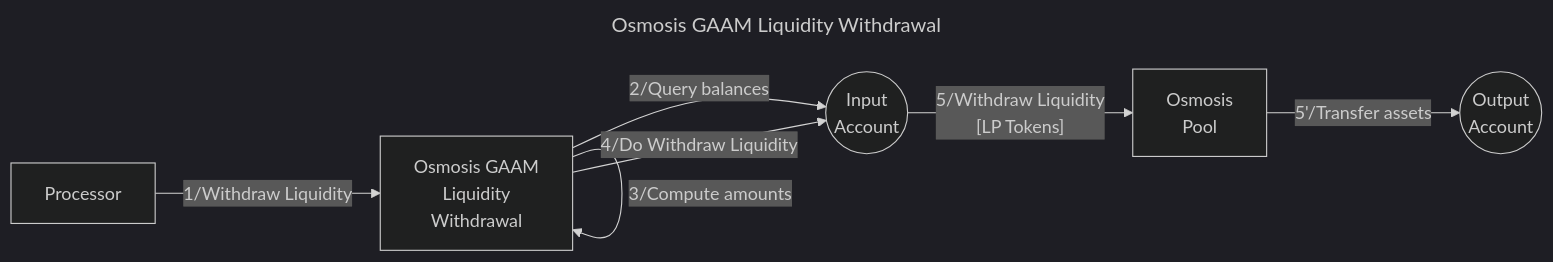
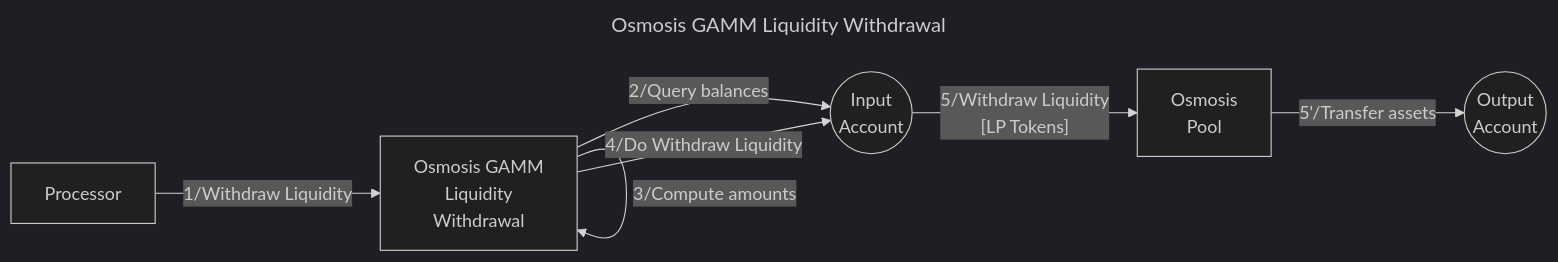
One commit to timewave-computer/valence-protocol changed the diagram in docs/src/libraries/osmosis-gamm-withdrawer.md. Above: the diagram before and after it, drawn with Mermaid (dark theme). The commit also changed other lines of this file and 4 other files, not shown here.

````diff
--- a/docs/src/libraries/osmosis-gamm-withdrawer.md
+++ b/docs/src/libraries/osmosis-gamm-withdrawer.md
@@ -7,23 +7,23 @@
 ```mermaid
 ---
-title: Osmosis GAAM Liquidity Withdrawal
+title: Osmosis GAMM Liquidity Withdrawal
 ---
 graph LR
   IA((Input
       Account))
   OA((Output
 		  Account))
   P[Processor]
-  S[Osmosis GAAM
+  S[Osmosis GAMM
       Liquidity
       Withdrawal]
   AP[Osmosis
      Pool]
   P -- 1/Withdraw Liquidity --> S
   S -- 2/Query balances --> IA
   S -- 3/Compute amounts --> S
   S -- 4/Do Withdraw Liquidity --> IA
   IA -- 5/Withdraw Liquidity
 				  [LP Tokens] --> AP
   AP -- 5'/Transfer assets --> OA
 ```
````
